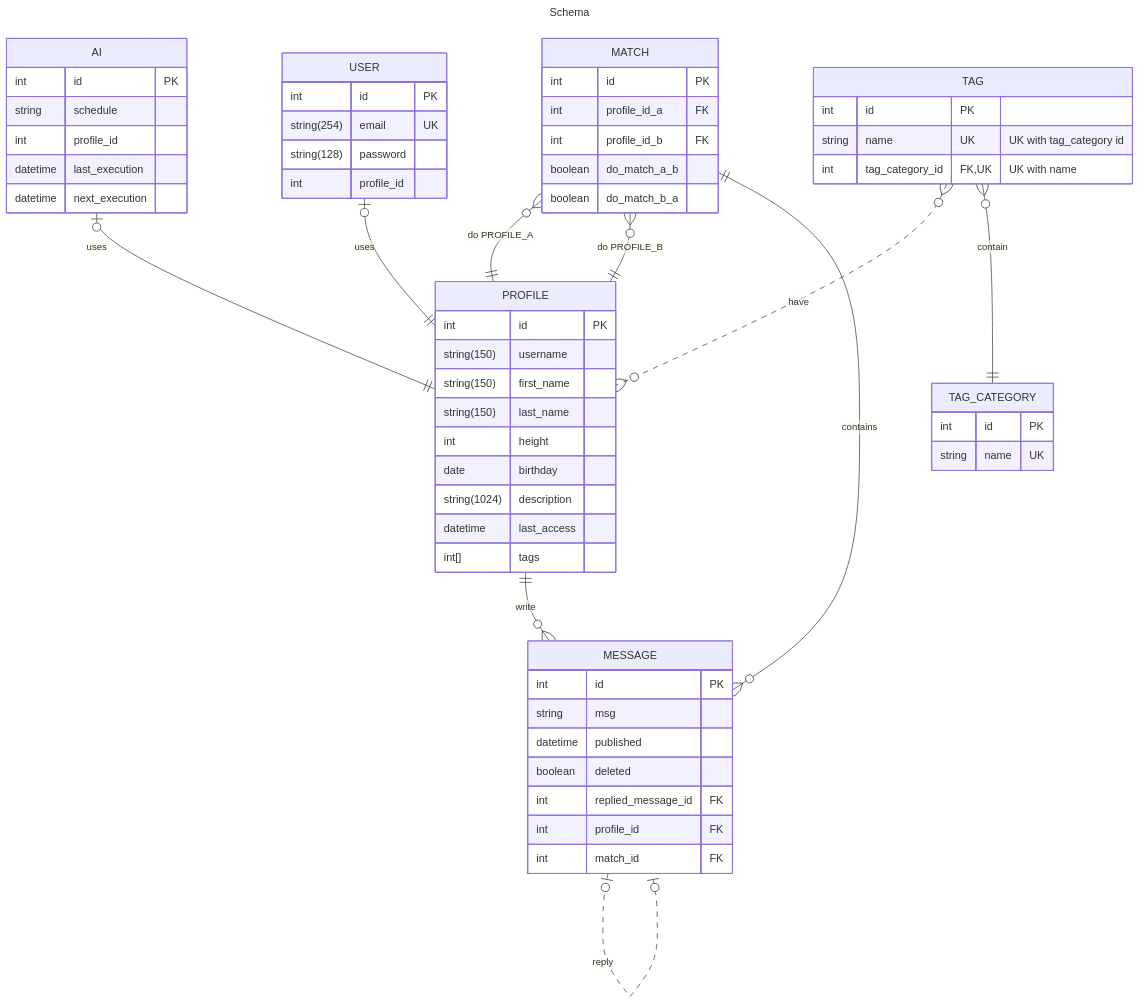
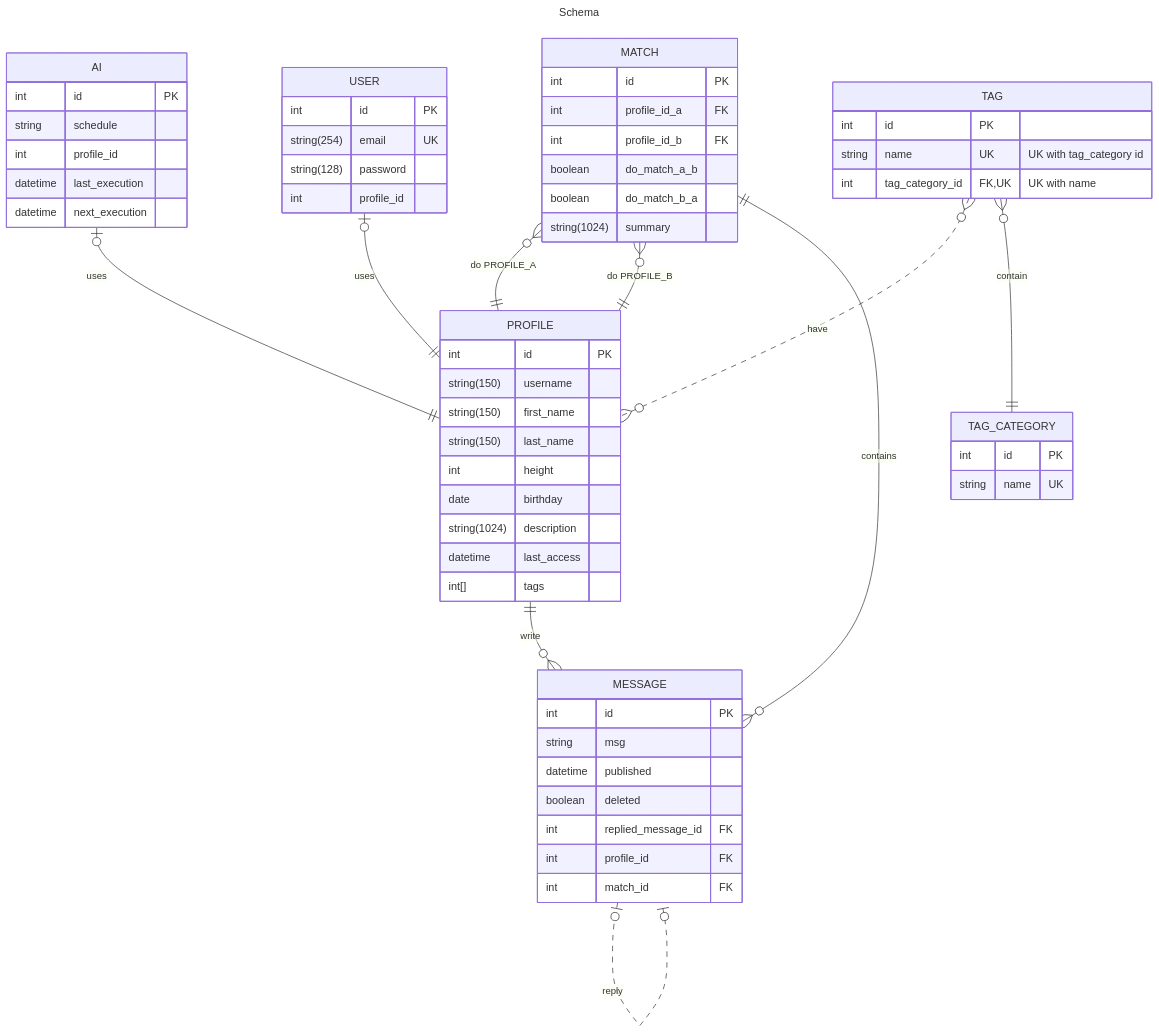
One commit to MaribelSR/tAInder changed the diagram in docs/schema.md. Above: the diagram before and after it, drawn with Mermaid. The commit also changed 4 other files, not shown here.

````diff
--- a/docs/schema.md
+++ b/docs/schema.md
@@ -1,71 +1,72 @@
 ```mermaid
 ---
 title: Schema
 ---
 erDiagram
     PROFILE ||--o{ MESSAGE : write
     MESSAGE |o..o| MESSAGE : reply
     AI |o--|| PROFILE : uses
     USER |o--|| PROFILE : uses
     MATCH }o--|| PROFILE : "do PROFILE_A"
     MATCH }o--|| PROFILE : "do PROFILE_B"
     MATCH ||--o{ MESSAGE : contains
     TAG }o..o{ PROFILE : have
     TAG }o--|| TAG_CATEGORY : contain
 
     PROFILE {
         int id PK
         string(150) username
         string(150) first_name
         string(150) last_name
         int height
         date birthday
         string(1024) description
         datetime last_access
         int[] tags
     }
 
     USER {
         int id PK
         string(254) email UK
         string(128) password
         int profile_id
     }
 
     AI {
         int id PK
         string schedule
         int profile_id
         datetime last_execution
         datetime next_execution
     }
 
     MATCH {
         int id PK
         int profile_id_a FK
         int profile_id_b FK
         boolean do_match_a_b
         boolean do_match_b_a
+        string(1024) summary
     }
 
     MESSAGE {
         int id PK
         string msg
         datetime published
         boolean deleted
         int replied_message_id FK
         int profile_id FK
         int match_id FK
     }
 
     TAG {
         int id PK
         string name UK "UK with tag_category id"
         int tag_category_id FK,UK "UK with name"
     }
 
     TAG_CATEGORY {
         int id PK
         string name UK
     }
 ```
````
